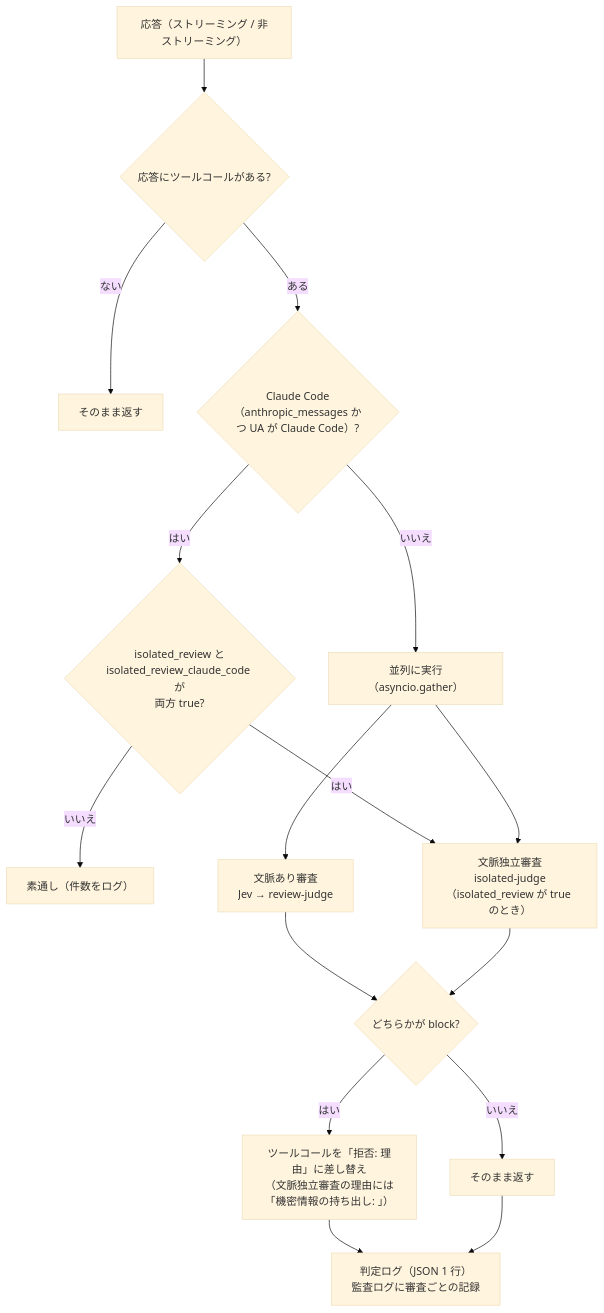
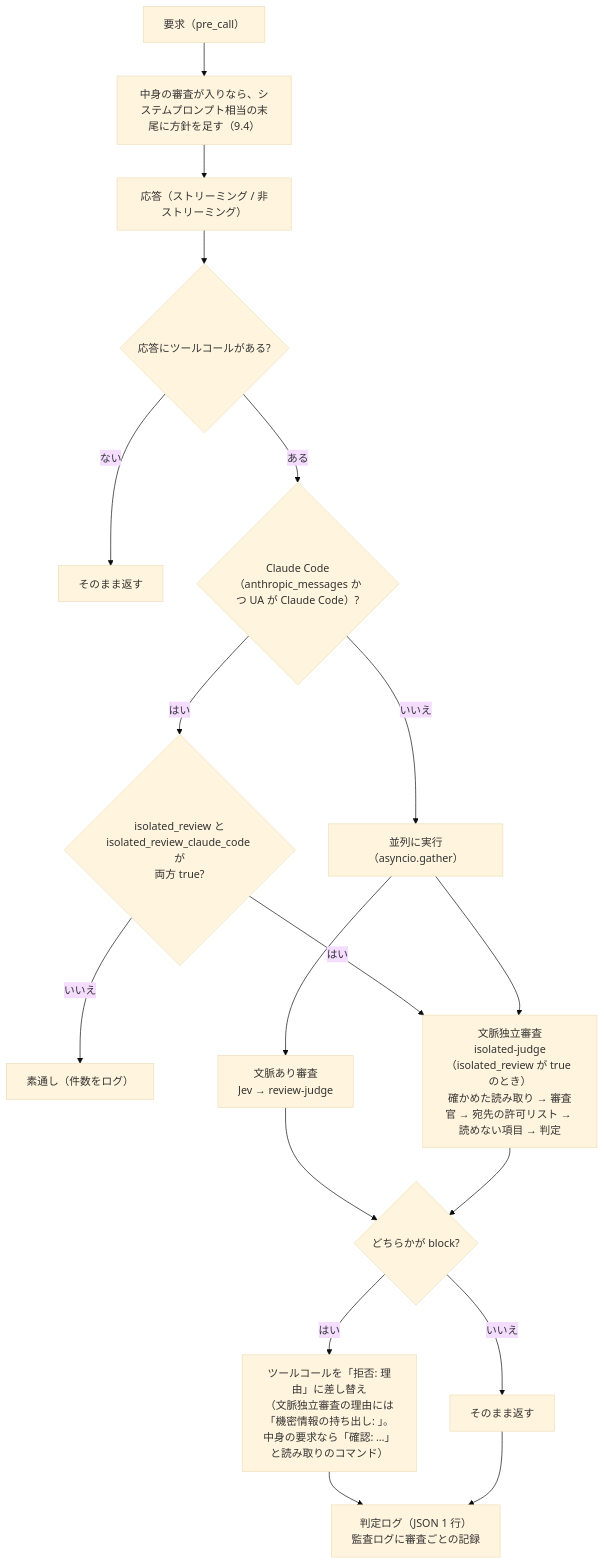
The third of 4 diagrams in docs/design.md (notfolder/litellm-agent-gateway-lab), drawn with Mermaid (base theme) before and after one commit. The commit also changed other lines of this file and 22 other files, not shown here.

````diff
--- a/docs/design.md
+++ b/docs/design.md
@@ -508,18 +514,20 @@
 ```mermaid
 flowchart TB
+    Q["要求（pre_call）"] --> PI["中身の審査が入りなら、システムプロンプト相当の末尾に方針を足す（9.4）"]
+    PI --> R
     R["応答（ストリーミング / 非ストリーミング）"] --> T{"応答にツールコールがある?"}
     T -- ない --> OUT["そのまま返す"]
     T -- ある --> K{"Claude Code<br/>（anthropic_messages かつ UA が Claude Code）?"}
     K -- はい --> CC{"isolated_review と<br/>isolated_review_claude_code が<br/>両方 true?"}
     CC -- いいえ --> PASS["素通し（件数をログ）"]
     CC -- はい --> B
     K -- いいえ --> P["並列に実行（asyncio.gather）"]
     P --> A["文脈あり審査<br/>Jev → review-judge"]
-    P --> B["文脈独立審査<br/>isolated-judge<br/>（isolated_review が true のとき）"]
+    P --> B["文脈独立審査<br/>isolated-judge<br/>（isolated_review が true のとき）<br/>確かめた読み取り → 審査官 → 宛先の許可リスト → 読めない項目 → 判定"]
     A --> M{"どちらかが block?"}
     B --> M
-    M -- はい --> DENY["ツールコールを「拒否: 理由」に差し替え<br/>（文脈独立審査の理由には「機密情報の持ち出し: 」）"]
+    M -- はい --> DENY["ツールコールを「拒否: 理由」に差し替え<br/>（文脈独立審査の理由には「機密情報の持ち出し: 」。<br/>中身の要求なら「確認: …」と読み取りのコマンド）"]
     M -- いいえ --> ALLOW["そのまま返す"]
     DENY --> LOG["判定ログ（JSON 1 行）<br/>監査ログに審査ごとの記録"]
     ALLOW --> LOG
 ```
````
